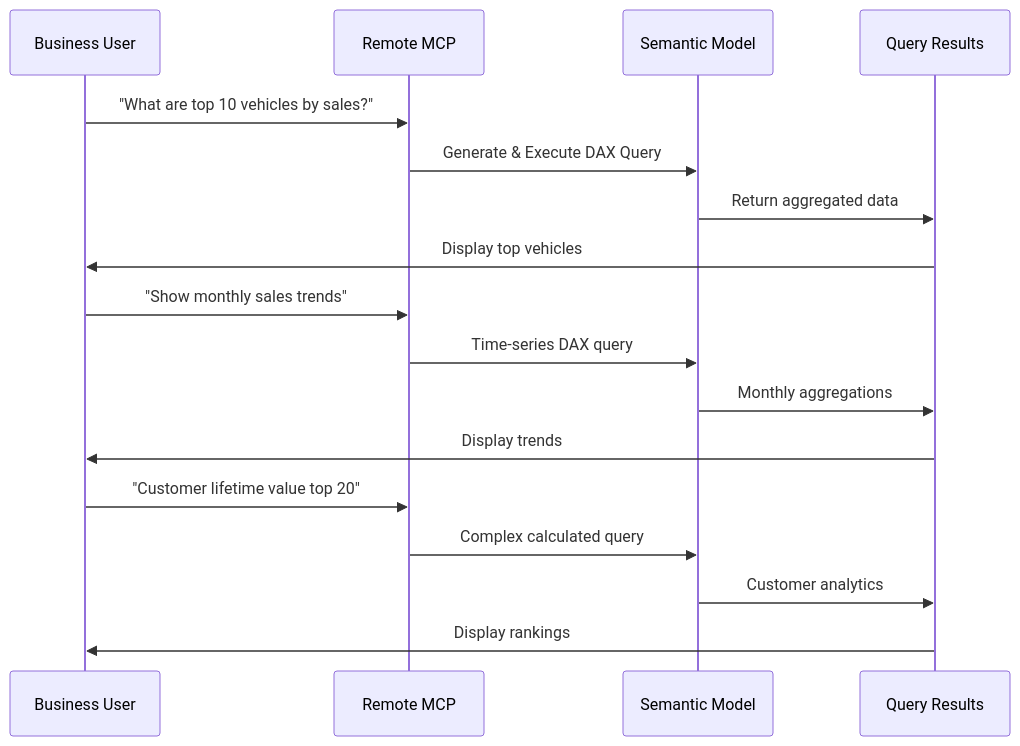
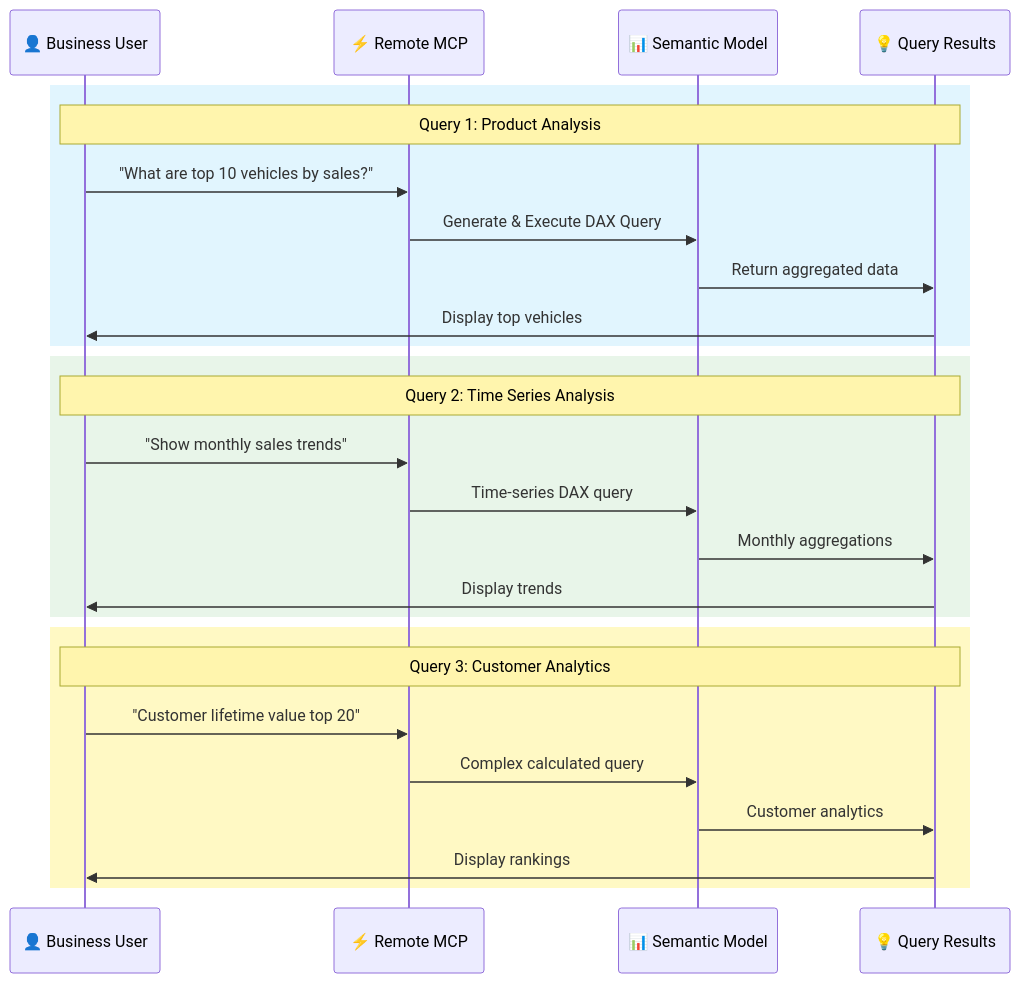
The fourth of 6 diagrams in 02-Architecture/Lab-03-Architecture.md (shantha05/2026-SQL-Saturday-Atlanta-AI-BI-PreCon), drawn with Mermaid before and after one commit. The commit also changed other lines of this file and 2 other files, not shown here.

Commit message:
Updated Architecture Diagrams

````diff
--- a/02-Architecture/Lab-03-Architecture.md
+++ b/02-Architecture/Lab-03-Architecture.md
@@ -131,22 +178,31 @@
 ```mermaid
 sequenceDiagram
-    participant User as Business User
-    participant MCP as Remote MCP
-    participant Model as Semantic Model
-    participant Results as Query Results
+    participant User as 👤 Business User
+    participant MCP as ⚡ Remote MCP
+    participant Model as 📊 Semantic Model
+    participant Results as 💡 Query Results
     
-    User->>MCP: "What are top 10 vehicles by sales?"
-    MCP->>Model: Generate & Execute DAX Query
-    Model->>Results: Return aggregated data
-    Results->>User: Display top vehicles
+    rect rgb(225, 245, 254)
+        Note over User,Results: Query 1: Product Analysis
+        User->>MCP: "What are top 10 vehicles by sales?"
+        MCP->>Model: Generate & Execute DAX Query
+        Model->>Results: Return aggregated data
+        Results->>User: Display top vehicles
+    end
     
-    User->>MCP: "Show monthly sales trends"
-    MCP->>Model: Time-series DAX query
-    Model->>Results: Monthly aggregations
-    Results->>User: Display trends
+    rect rgb(232, 245, 233)
+        Note over User,Results: Query 2: Time Series Analysis
+        User->>MCP: "Show monthly sales trends"
+        MCP->>Model: Time-series DAX query
+        Model->>Results: Monthly aggregations
+        Results->>User: Display trends
+    end
     
-    User->>MCP: "Customer lifetime value top 20"
-    MCP->>Model: Complex calculated query
-    Model->>Results: Customer analytics
-    Results->>User: Display rankings
+    rect rgb(255, 249, 196)
+        Note over User,Results: Query 3: Customer Analytics
+        User->>MCP: "Customer lifetime value top 20"
+        MCP->>Model: Complex calculated query
+        Model->>Results: Customer analytics
+        Results->>User: Display rankings
+    end
 ```
````
